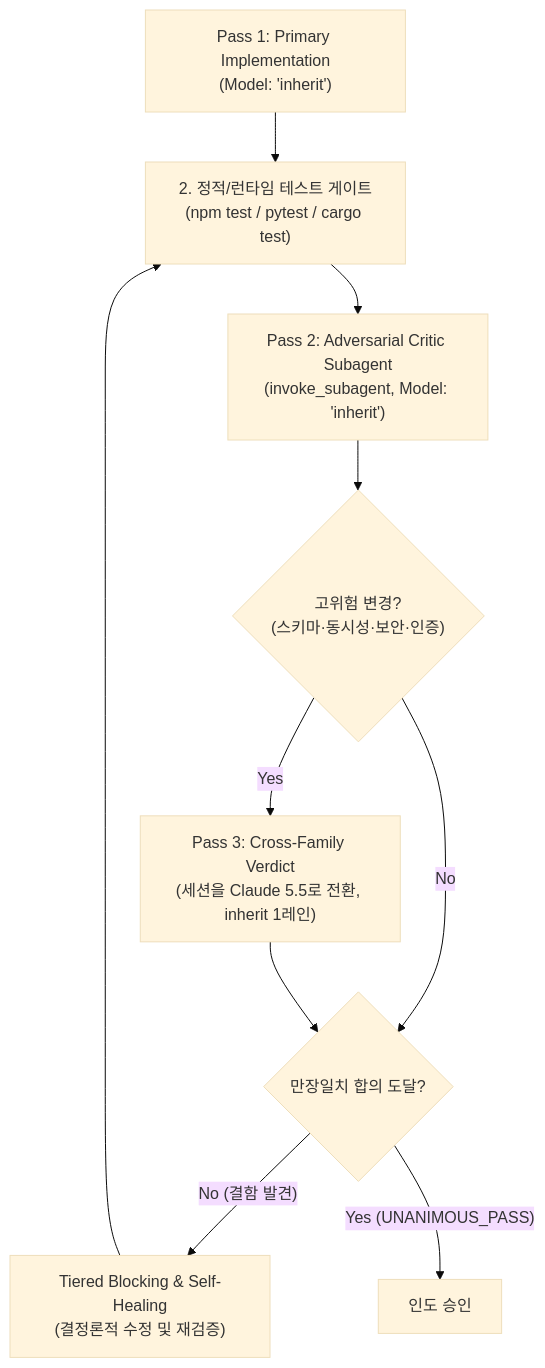
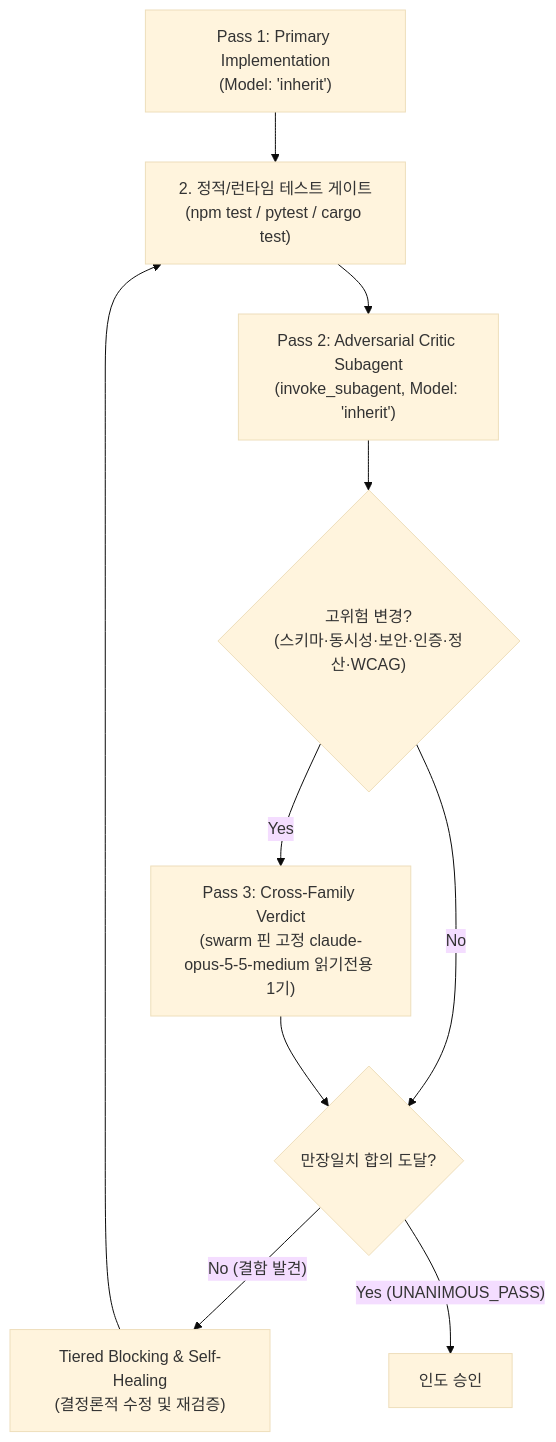
The diagram in skills/ulw/references/dual-verify.md (daeryundf2-prog/lazyargon), drawn with Mermaid (base theme) before and after one commit. The commit also changed other lines of this file and 44 other files, not shown here.

````diff
--- a/skills/ulw/references/dual-verify.md
+++ b/skills/ulw/references/dual-verify.md
@@ -10,12 +10,12 @@
 ```mermaid
 flowchart TD
     Implement["Pass 1: Primary Implementation<br/>(Model: 'inherit')"] --> Audit["2. 정적/런타임 테스트 게이트<br/>(npm test / pytest / cargo test)"]
     Audit --> Critic["Pass 2: Adversarial Critic Subagent<br/>(invoke_subagent, Model: 'inherit')"]
-    Critic --> Risk{"고위험 변경?<br/>(스키마·동시성·보안·인증)"}
-    Risk -- "Yes" --> Cross["Pass 3: Cross-Family Verdict<br/>(세션을 Claude 5.5로 전환, inherit 1레인)"]
+    Critic --> Risk{"고위험 변경?<br/>(스키마·동시성·보안·인증·정산·WCAG)"}
+    Risk -- "Yes" --> Cross["Pass 3: Cross-Family Verdict<br/>(swarm 핀 고정 claude-opus-5-5-medium 읽기전용 1기)"]
     Risk -- "No" --> Consensus
     Cross --> Consensus{"만장일치 합의 도달?"}
     Consensus -- "No (결함 발견)" --> Heal["Tiered Blocking & Self-Healing<br/>(결정론적 수정 및 재검증)"]
     Heal --> Audit
     Consensus -- "Yes (UNANIMOUS_PASS)" --> Pass["인도 승인"]
 ```
````
